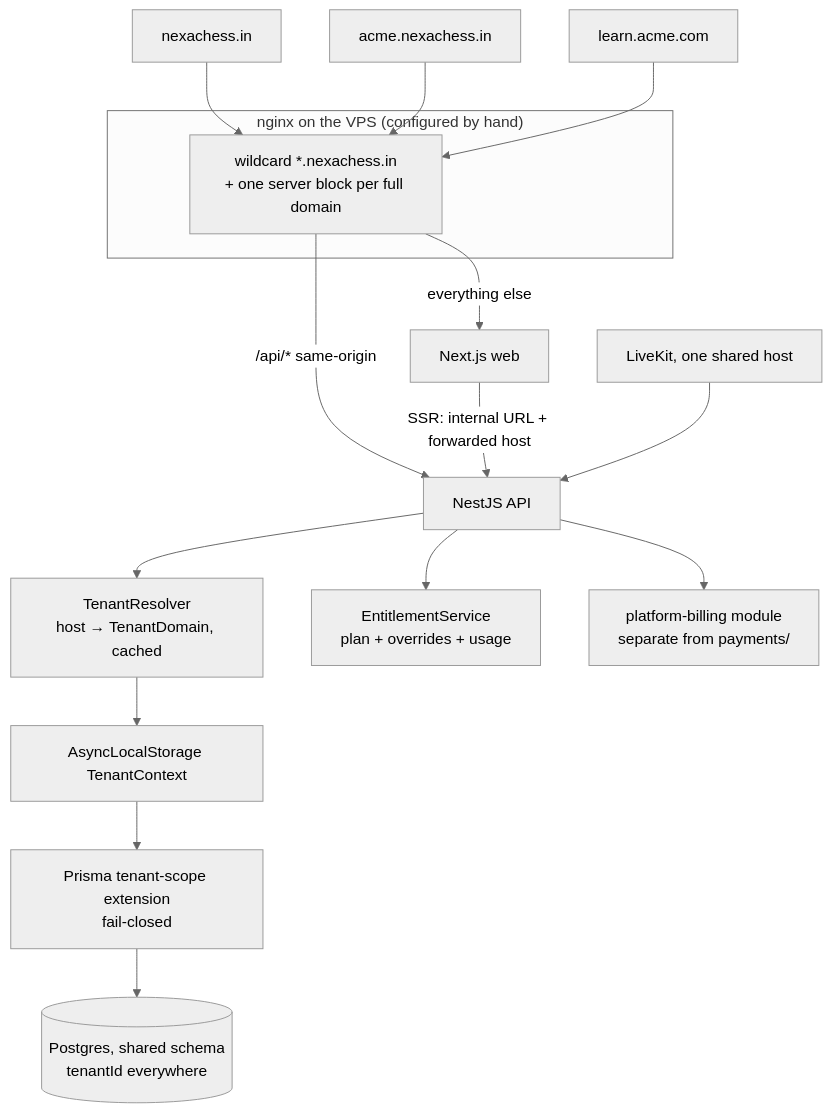
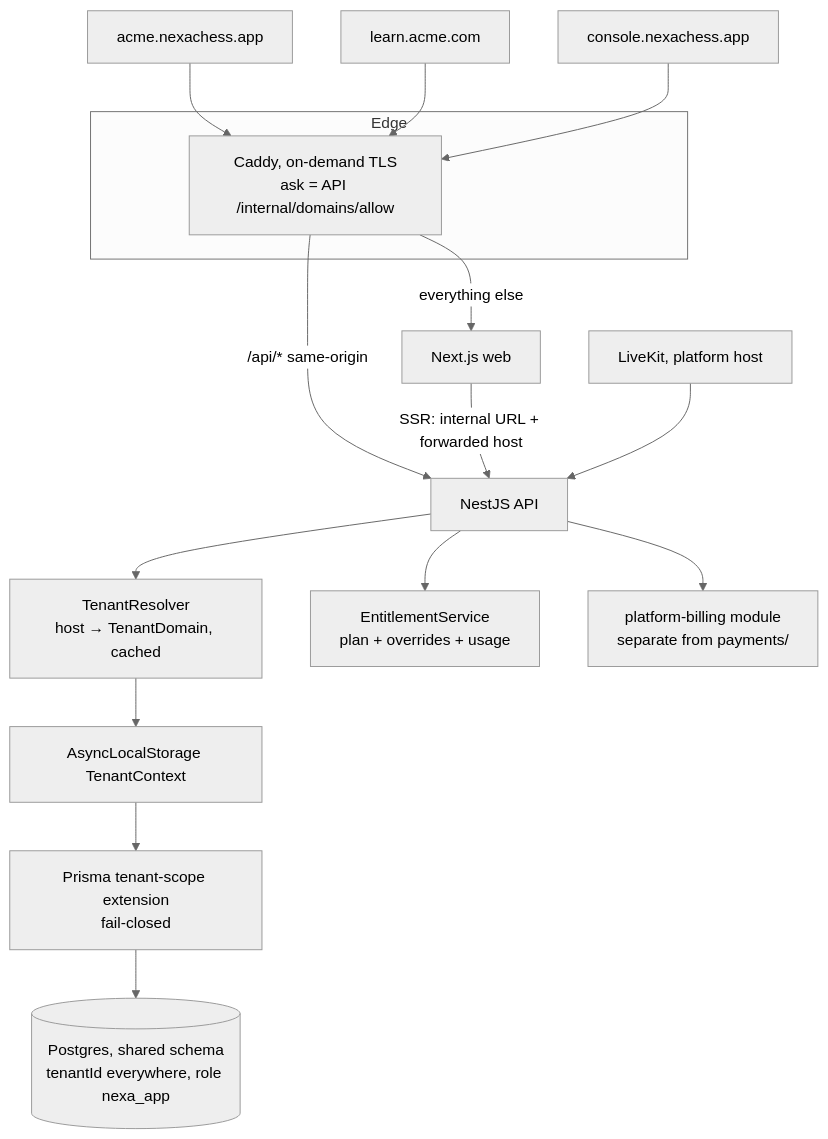
Before and after one commit to pradeepsalamon/NexaGen: the second of 2 diagrams in docs/SAAS_MULTI_TENANCY.md, drawn with Mermaid (neutral theme). The commit also changed other lines of this file and 1406 other files, not shown here.

````diff
--- a/docs/SAAS_MULTI_TENANCY.md
+++ b/docs/SAAS_MULTI_TENANCY.md
@@ -201,19 +100,19 @@
 ```mermaid
 flowchart TB
-  subgraph Edge["nginx on the VPS (configured by hand)"]
-    N[wildcard *.nexachess.in<br/>+ one server block per full domain]
+  subgraph Edge
+    C[Caddy, on-demand TLS<br/>ask = API /internal/domains/allow]
   end
-  B0[nexachess.in] --> N
-  B1[acme.nexachess.in] --> N
-  B2[learn.acme.com] --> N
-  N -->|/api/* same-origin| A[NestJS API]
-  N -->|everything else| W[Next.js web]
+  B1[acme.nexachess.app] --> C
+  B2[learn.acme.com] --> C
+  B3[console.nexachess.app] --> C
+  C -->|/api/* same-origin| A[NestJS API]
+  C -->|everything else| W[Next.js web]
   W -->|SSR: internal URL + forwarded host| A
   A --> TR[TenantResolver<br/>host → TenantDomain, cached]
   TR --> CTX[AsyncLocalStorage TenantContext]
   CTX --> EXT[Prisma tenant-scope extension<br/>fail-closed]
-  EXT --> PG[(Postgres, shared schema<br/>tenantId everywhere)]
+  EXT --> PG[(Postgres, shared schema<br/>tenantId everywhere, role nexa_app)]
   A --> ENT[EntitlementService<br/>plan + overrides + usage]
   A --> PB[platform-billing module<br/>separate from payments/]
-  LK[LiveKit, one shared host] --> A
+  LK[LiveKit, platform host] --> A
 ```
````
